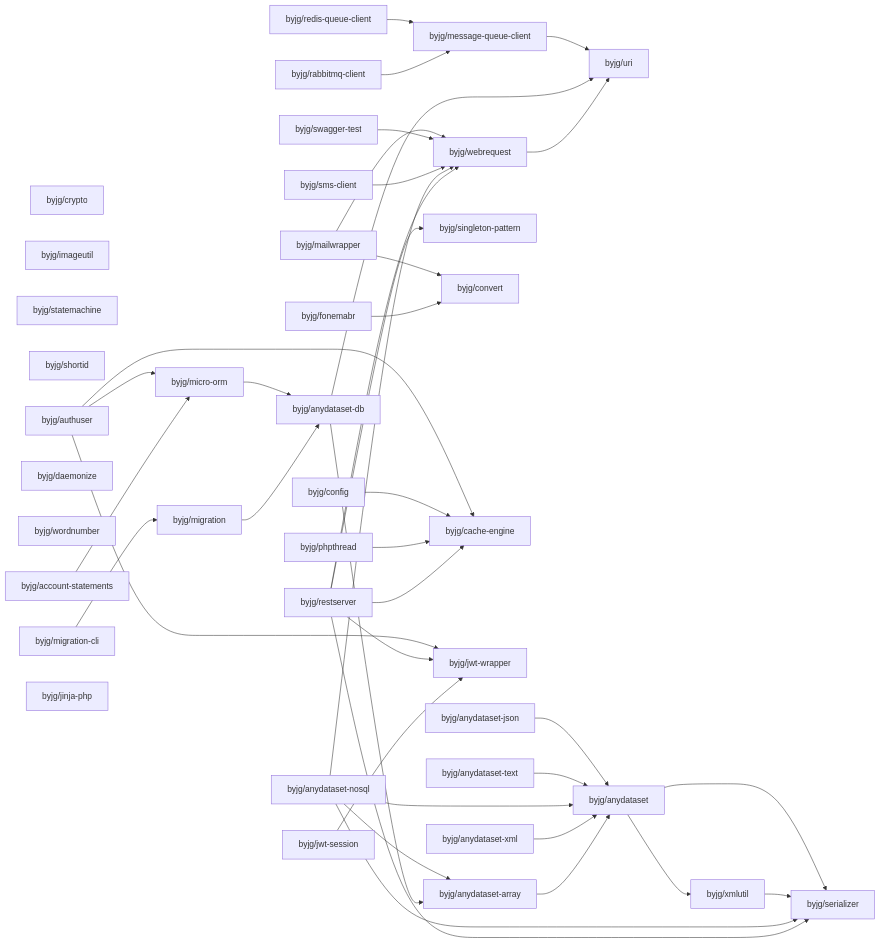
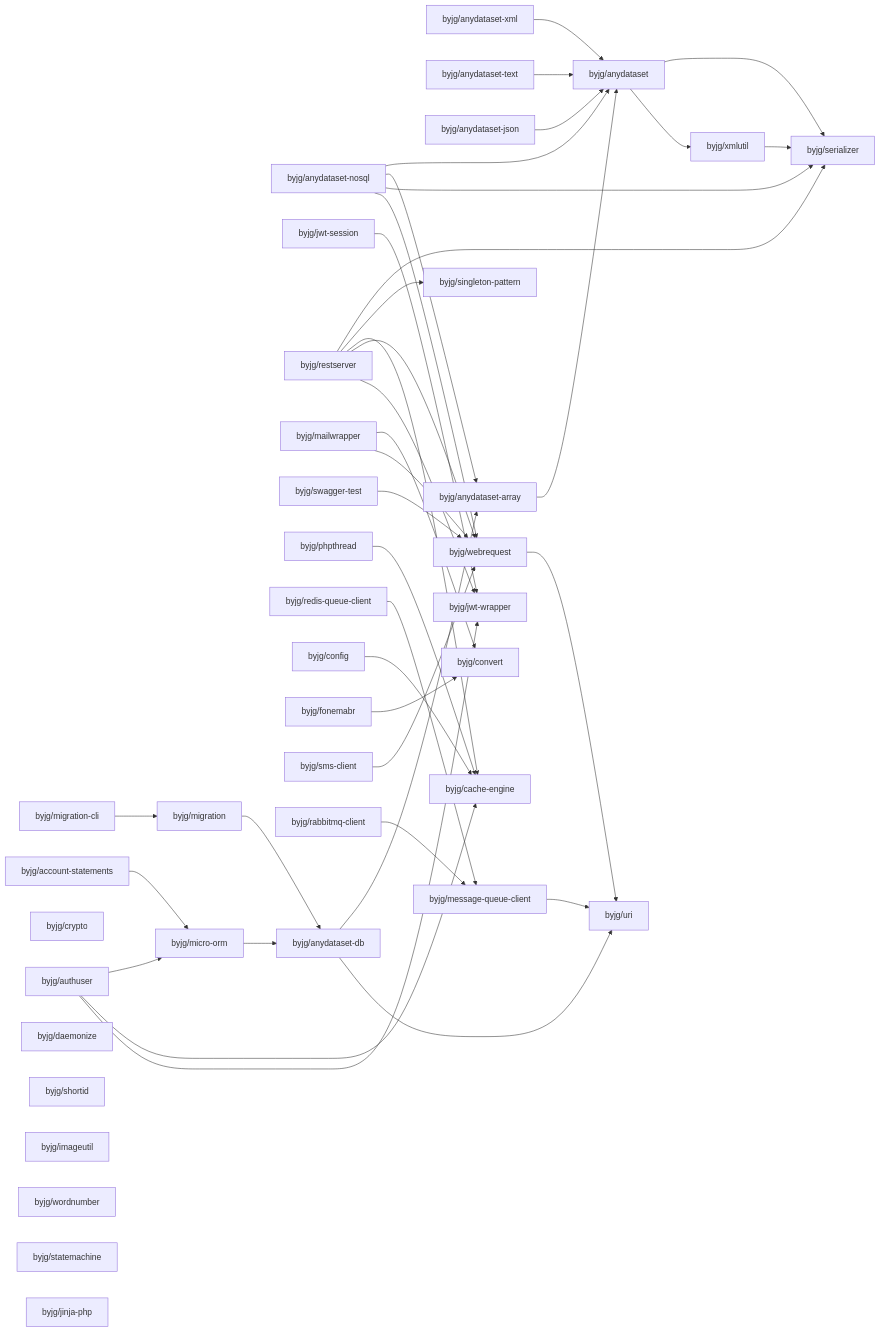
Before and after one commit to byjg/byjg.github.io: the diagram in docs/php/README.md, drawn with Mermaid. The commit also changed other lines of this file, not shown here.

Commit message:
Update documentation 'php' 'php-migration-cli'

````diff
--- a/docs/php/README.md
+++ b/docs/php/README.md
@@ -3,78 +3,78 @@
 ```mermaid
 graph LR;
+  byjg/anydataset-nosql;
+  byjg/jwt-session;
+  byjg/restserver;
+  byjg/mailwrapper;
+  byjg/swagger-test;
+  byjg/authuser;
+  byjg/migration-cli;
+  byjg/crypto;
+  byjg/account-statements;
+  byjg/phpthread;
+  byjg/redis-queue-client;
+  byjg/config;
+  byjg/daemonize;
+  byjg/shortid;
+  byjg/imageutil;
+  byjg/wordnumber;
+  byjg/statemachine;
   byjg/fonemabr;
+  byjg/sms-client;
+  byjg/anydataset-xml;
+  byjg/anydataset-text;
+  byjg/jinja-php;
+  byjg/rabbitmq-client;
   byjg/anydataset-json;
-  byjg/jwt-session;
-  byjg/crypto;
-  byjg/imageutil;
-  byjg/anydataset-nosql;
-  byjg/redis-queue-client;
-  byjg/sms-client;
-  byjg/phpthread;
-  byjg/config;
-  byjg/restserver;
-  byjg/statemachine;
-  byjg/shortid;
-  byjg/anydataset-text;
-  byjg/account-statements;
-  byjg/mailwrapper;
-  byjg/daemonize;
-  byjg/wordnumber;
-  byjg/anydataset-xml;
-  byjg/authuser;
-  byjg/rabbitmq-client;
-  byjg/migration-cli;
-  byjg/swagger-test;
-  byjg/jinja-php;
   byjg/singleton-pattern;
-  byjg/convert;
+  byjg/jwt-wrapper;
+  byjg/migration;
   byjg/micro-orm;
   byjg/cache-engine;
-  byjg/jwt-wrapper;
+  byjg/convert;
+  byjg/webrequest;
   byjg/message-queue-client;
-  byjg/migration;
-  byjg/webrequest;
   byjg/anydataset-db;
   byjg/anydataset-array;
   byjg/uri;
   byjg/anydataset;
   byjg/xmlutil;
   byjg/serializer;
   byjg/account-statements --> byjg/micro-orm;
   byjg/fonemabr --> byjg/convert;
   byjg/webrequest --> byjg/uri;
   byjg/anydataset-array --> byjg/anydataset;
   byjg/anydataset-xml --> byjg/anydataset;
   byjg/rabbitmq-client --> byjg/message-queue-client;
   byjg/redis-queue-client --> byjg/message-queue-client;
   byjg/jwt-session --> byjg/jwt-wrapper;
   byjg/anydataset-db --> byjg/anydataset-array;
   byjg/anydataset-db --> byjg/uri;
   byjg/restserver --> byjg/serializer;
   byjg/restserver --> byjg/singleton-pattern;
   byjg/restserver --> byjg/cache-engine;
   byjg/restserver --> byjg/webrequest;
   byjg/restserver --> byjg/jwt-wrapper;
   byjg/migration --> byjg/anydataset-db;
   byjg/anydataset-nosql --> byjg/anydataset;
   byjg/anydataset-nosql --> byjg/anydataset-array;
   byjg/anydataset-nosql --> byjg/serializer;
   byjg/anydataset-nosql --> byjg/webrequest;
   byjg/phpthread --> byjg/cache-engine;
   byjg/sms-client --> byjg/webrequest;
   byjg/swagger-test --> byjg/webrequest;
   byjg/migration-cli --> byjg/migration;
   byjg/config --> byjg/cache-engine;
   byjg/anydataset-text --> byjg/anydataset;
   byjg/micro-orm --> byjg/anydataset-db;
   byjg/authuser --> byjg/micro-orm;
   byjg/authuser --> byjg/cache-engine;
   byjg/authuser --> byjg/jwt-wrapper;
   byjg/anydataset-json --> byjg/anydataset;
   byjg/mailwrapper --> byjg/convert;
   byjg/mailwrapper --> byjg/webrequest;
   byjg/xmlutil --> byjg/serializer;
   byjg/anydataset --> byjg/serializer;
   byjg/anydataset --> byjg/xmlutil;
   byjg/message-queue-client --> byjg/uri;
 ```
````
